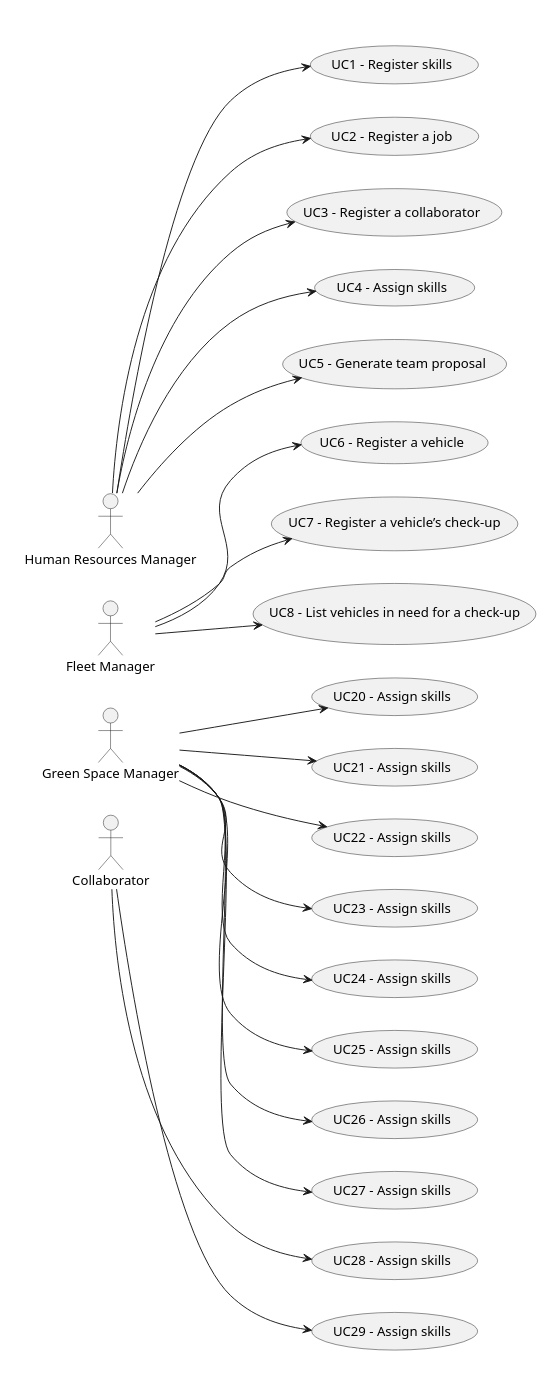
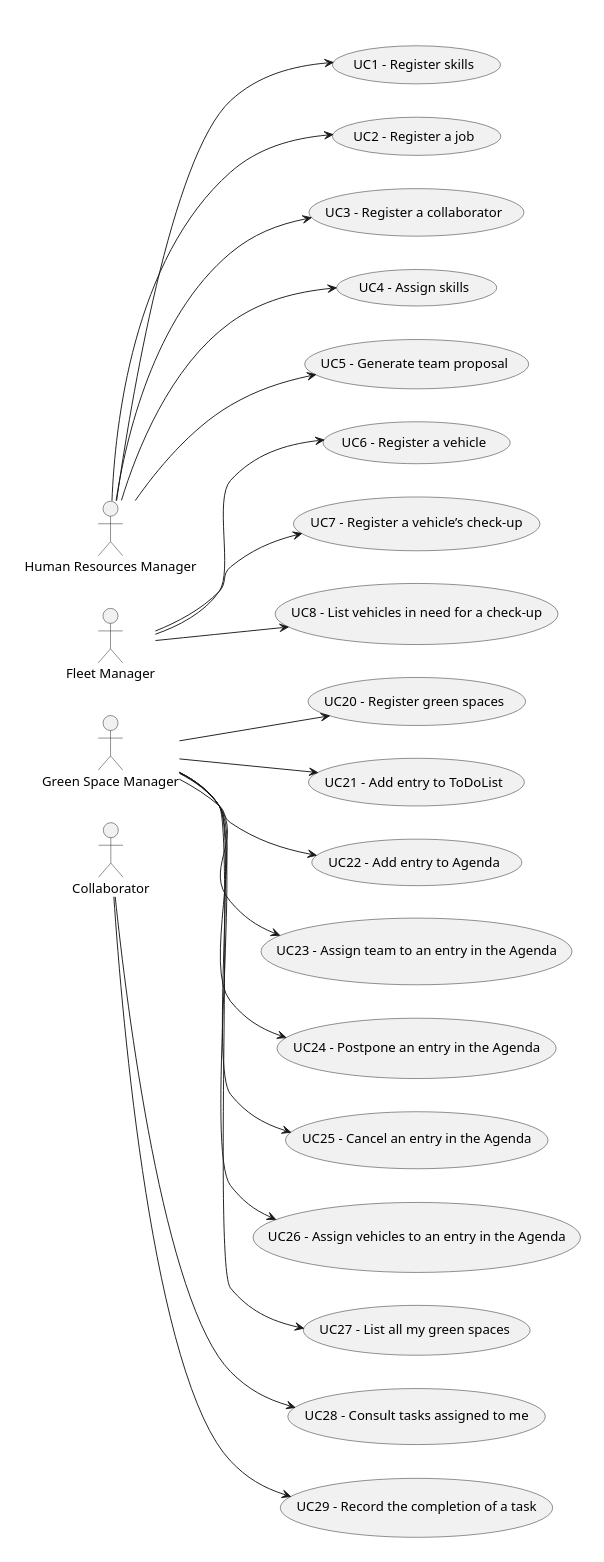
Before and after one commit to Departamento-de-Engenharia-Informatica/lei-24-s2-1dl-g121: the diagram in docs/sprintC/global-artifacts/01.requirements-engineering/puml/use-case-diagram.puml, drawn with PlantUML.

Commit message:
use case diagram

```diff
--- a/docs/sprintC/global-artifacts/01.requirements-engineering/puml/use-case-diagram.puml
+++ b/docs/sprintC/global-artifacts/01.requirements-engineering/puml/use-case-diagram.puml
@@ -1,71 +1,71 @@
 @startuml
 'skinparam monochrome true
 skinparam packageStyle rectangle
 'skinparam shadowing false
 
 skinparam rectangle{
     BorderColor white
 }
 
 'title Use Case Diagram Example
 
 left to right direction
 
 rectangle " " as actors {
     actor "Human Resources Manager" as Freelancer
     actor "Fleet Manager" as Employee
     actor "Green Space Manager" as act
     actor "Collaborator" as actore
 }
 
 rectangle " " as usecases{
     usecase "UC1 - Register skills" as UC1
     usecase "UC2 - Register a job" as UC2
     usecase "UC3 - Register a collaborator" as UC3
     usecase "UC4 - Assign skills" as UC4
     usecase "UC5 - Generate team proposal" as UC5
     usecase "UC6 - Assign skills" as UC6
     usecase "UC7 - Assign skills" as UC7
     usecase "UC8 - Assign skills" as UC8
-    usecase "UC20 - Assign skills" as UC20
-    usecase "UC21 - Assign skills" as UC21
-    usecase "UC22 - Assign skills" as UC22
-    usecase "UC23 - Assign skills" as UC23
-    usecase "UC24 - Assign skills" as UC24
-    usecase "UC25 - Assign skills" as UC25
-    usecase "UC26 - Assign skills" as UC26
-    usecase "UC27 - Assign skills" as UC27
-    usecase "UC28 - Assign skills" as UC28
-    usecase "UC29 - Assign skills" as UC29
+    usecase "UC20 - Register green spaces" as UC20
+    usecase "UC21 - Add entry to ToDoList" as UC21
+    usecase "UC22 - Add entry to Agenda" as UC22
+    usecase "UC23 - Assign team to an entry in the Agenda" as UC23
+    usecase "UC24 - Postpone an entry in the Agenda" as UC24
+    usecase "UC25 - Cancel an entry in the Agenda" as UC25
+    usecase "UC26 - Assign vehicles to an entry in the Agenda" as UC26
+    usecase "UC27 - List all my green spaces" as UC27
+    usecase "UC28 - Consult tasks assigned to me" as UC28
+    usecase "UC29 - Record the completion of a task" as UC29
 
     Freelancer --> UC1
     Freelancer --> UC2
     Freelancer --> UC3
     Freelancer --> UC4
     Freelancer --> UC5
     usecase "UC6 - Register a vehicle" as UC6
     usecase "UC7 - Register a vehicle’s check-up" as UC7
     usecase "UC8 - List vehicles in need for a check-up" as UC8
     Employee --> UC6
     Employee --> UC7
     Employee --> UC8
     act --> UC20
     act --> UC21
     act --> UC22
     act --> UC23
     act --> UC24
     act --> UC25
     act --> UC26
     act --> UC27
     actore --> UC28
     actore --> UC29
 
 
 
 
 
 
 
 
 
 @enduml
```
